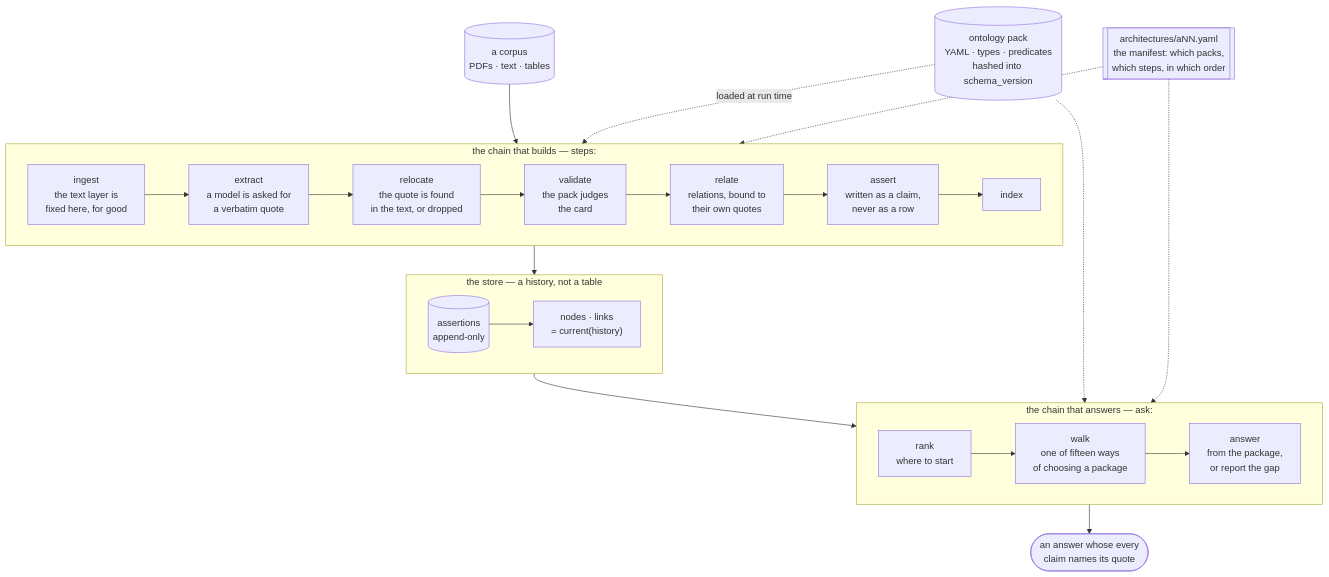
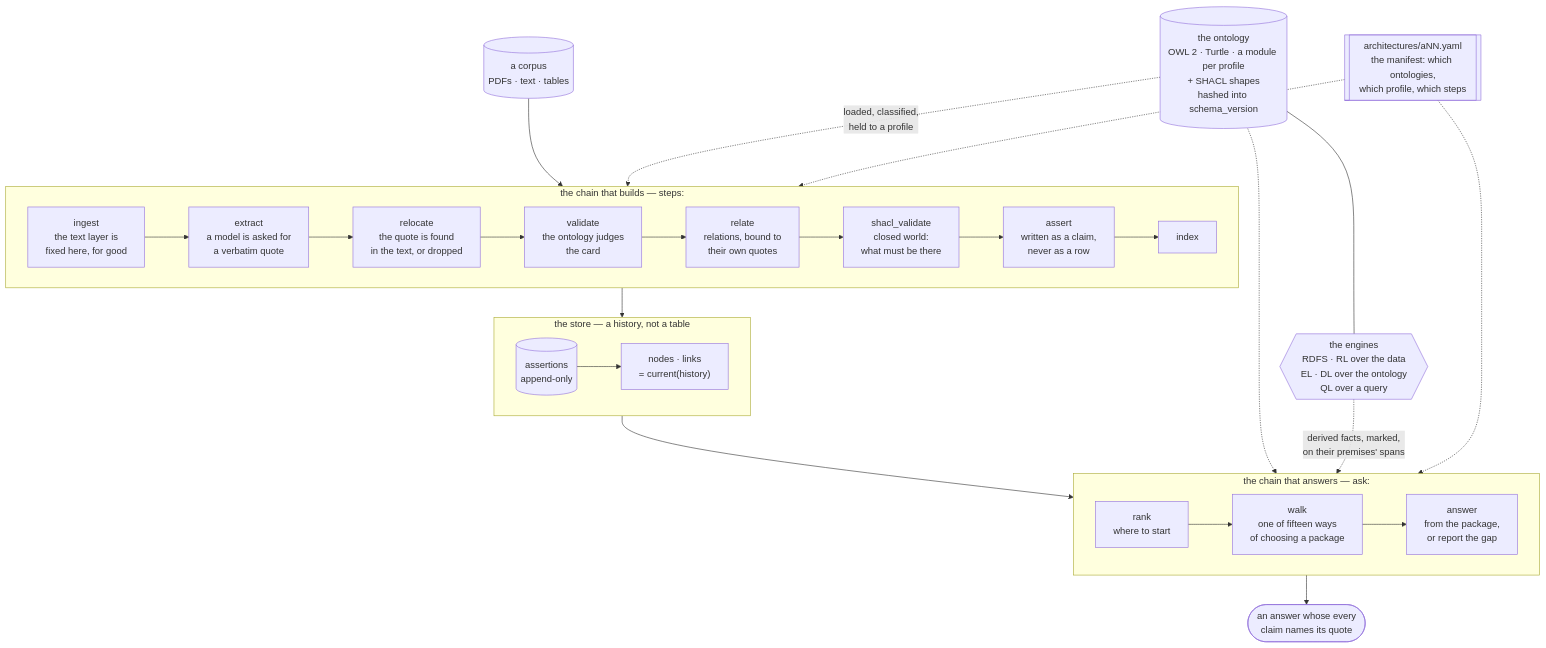
The first of 6 diagrams in docs/overview.md (Hamyrappy/atlas-of-science), drawn with Mermaid before and after one commit. The commit also changed other lines of this file and 41 other files, not shown here.

````diff
--- a/docs/overview.md
+++ b/docs/overview.md
@@ -12,40 +12,44 @@
 ```mermaid
 flowchart TB
     SRC[("a corpus<br/>PDFs · text · tables")]
 
     subgraph BUILD["the chain that builds — steps:"]
         direction LR
         I["ingest<br/>the text layer is<br/>fixed here, for good"]
         E["extract<br/>a model is asked for<br/>a verbatim quote"]
         R["relocate<br/>the quote is found<br/>in the text, or dropped"]
-        V["validate<br/>the pack judges<br/>the card"]
+        V["validate<br/>the ontology judges<br/>the card"]
         L["relate<br/>relations, bound to<br/>their own quotes"]
+        SH["shacl_validate<br/>closed world:<br/>what must be there"]
         A["assert<br/>written as a claim,<br/>never as a row"]
         X["index"]
-        I --> E --> R --> V --> L --> A --> X
+        I --> E --> R --> V --> L --> SH --> A --> X
     end
 
     subgraph STORE["the store — a history, not a table"]
         ASSERTIONS[("assertions<br/>append-only")]
         PROJ["nodes · links<br/>= current(history)"]
         ASSERTIONS --> PROJ
     end
 
     subgraph ASK["the chain that answers — ask:"]
         direction LR
         RANK["rank<br/>where to start"]
         WALK["walk<br/>one of fifteen ways<br/>of choosing a package"]
         ANS["answer<br/>from the package,<br/>or report the gap"]
         RANK --> WALK --> ANS
     end
 
-    PACK[("ontology pack<br/>YAML · types · predicates<br/>hashed into schema_version")]
+    ONTO[("the ontology<br/>OWL 2 · Turtle · a module per profile<br/>+ SHACL shapes<br/>hashed into schema_version")]
+    ENG{{"the engines<br/>RDFS · RL over the data<br/>EL · DL over the ontology<br/>QL over a query"}}
 
     SRC --> BUILD --> STORE --> ASK --> OUT(["an answer whose every<br/>claim names its quote"])
-    PACK -.->|"loaded at run time"| BUILD
-    PACK -.-> ASK
+    ONTO -.->|"loaded, classified,<br/>held to a profile"| BUILD
+    ONTO -.-> ASK
+    ONTO --- ENG
+    ENG -.->|"derived facts, marked,<br/>on their premises' spans"| ASK
 
-    MANIFEST[["architectures/aNN.yaml<br/>the manifest: which packs,<br/>which steps, in which order"]]
+    MANIFEST[["architectures/aNN.yaml<br/>the manifest: which ontologies,<br/>which profile, which steps"]]
     MANIFEST -.-> BUILD
     MANIFEST -.-> ASK
 ```
````
